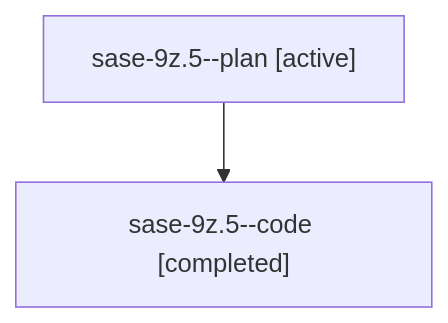
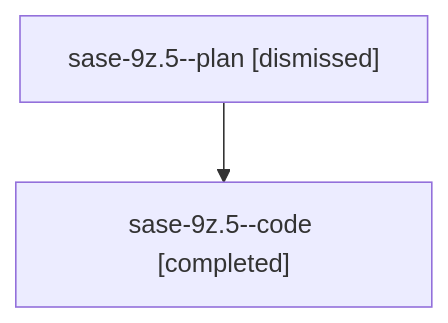
Before and after one commit to sase-org/sase--agents: the diagram in sessions/bbugyi200.athena.sase-9z.5.md, drawn with Mermaid. The commit also changed other lines of this file and 90 other files, not shown here.

````diff
--- a/sessions/bbugyi200.athena.sase-9z.5.md
+++ b/sessions/bbugyi200.athena.sase-9z.5.md
@@ -9,6 +9,6 @@
 ```mermaid
 flowchart TD
-  n0["sase-9z.5--plan [active]"]
+  n0["sase-9z.5--plan [dismissed]"]
   n1["sase-9z.5--code [completed]"]
   n0 --> n1
 ```
````
